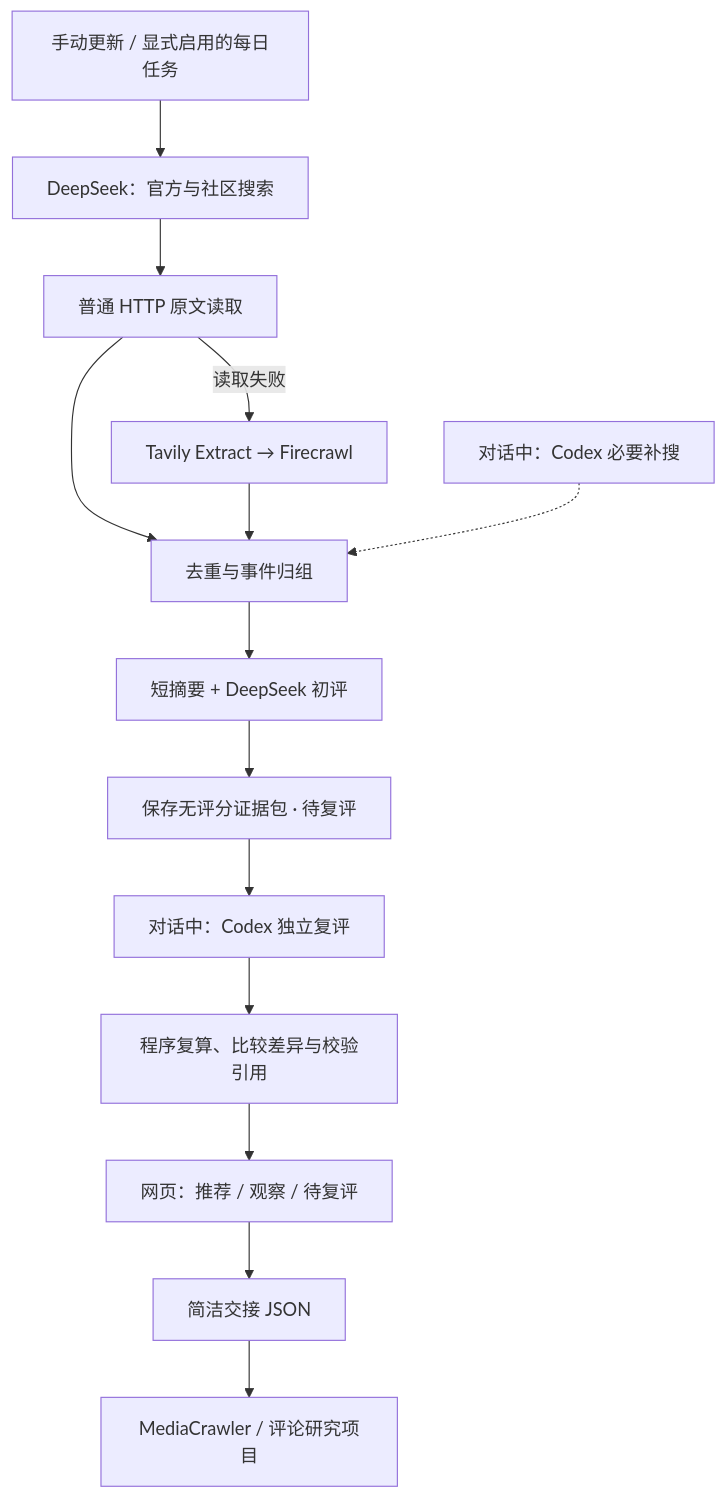
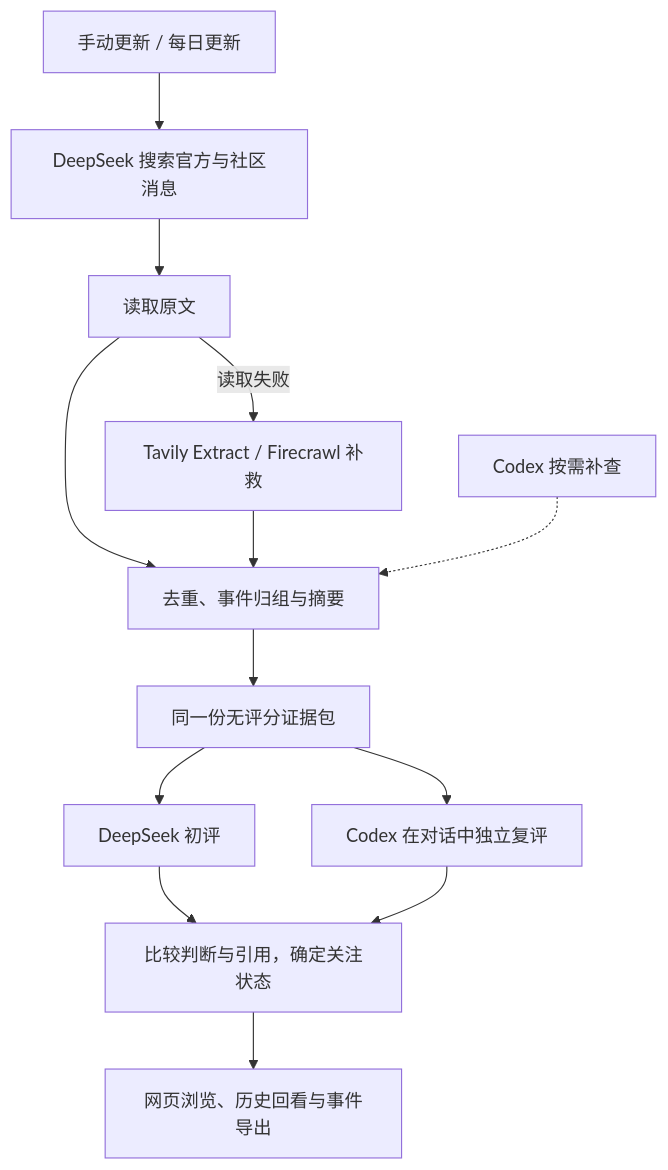
The diagram in README.md (x736260980-ui/game-event-radar), drawn with Mermaid before and after one commit. The commit also changed other lines of this file and 6 other files, not shown here.

````diff
--- a/README.md
+++ b/README.md
@@ -35,16 +28,15 @@
 ```mermaid
 flowchart TD
-    A[手动更新 / 显式启用的每日任务] --> B[DeepSeek：官方与社区搜索]
-    B --> C[普通 HTTP 原文读取]
-    C -->|读取失败| D[Tavily Extract → Firecrawl]
-    C --> E[去重与事件归组]
+    A[手动更新 / 每日更新] --> B[DeepSeek 搜索官方与社区消息]
+    B --> C[读取原文]
+    C -->|读取失败| D[Tavily Extract / Firecrawl 补救]
+    C --> E[去重、事件归组与摘要]
     D --> E
-    E --> F[短摘要 + DeepSeek 初评]
-    F --> G[保存无评分证据包 · 待复评]
-    G --> H[对话中：Codex 独立复评]
-    H --> I[程序复算、比较差异与校验引用]
-    I --> J[网页：推荐 / 观察 / 待复评]
-    J --> K[简洁交接 JSON]
-    K --> L[MediaCrawler / 评论研究项目]
-    M[对话中：Codex 必要补搜] -.-> E
+    F[Codex 按需补查] -.-> E
+    E --> G[同一份无评分证据包]
+    G --> H[DeepSeek 初评]
+    G --> I[Codex 在对话中独立复评]
+    H --> J[比较判断与引用，确定关注状态]
+    I --> J
+    J --> K[网页浏览、历史回看与事件导出]
 ```
````
